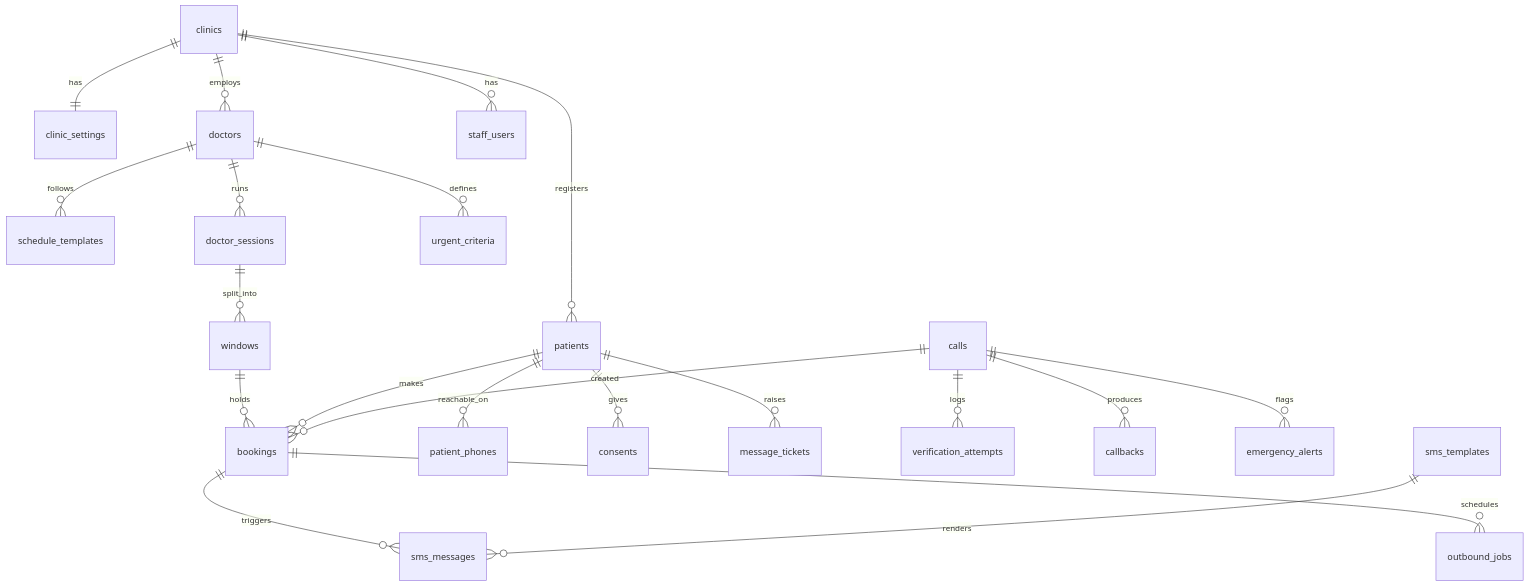
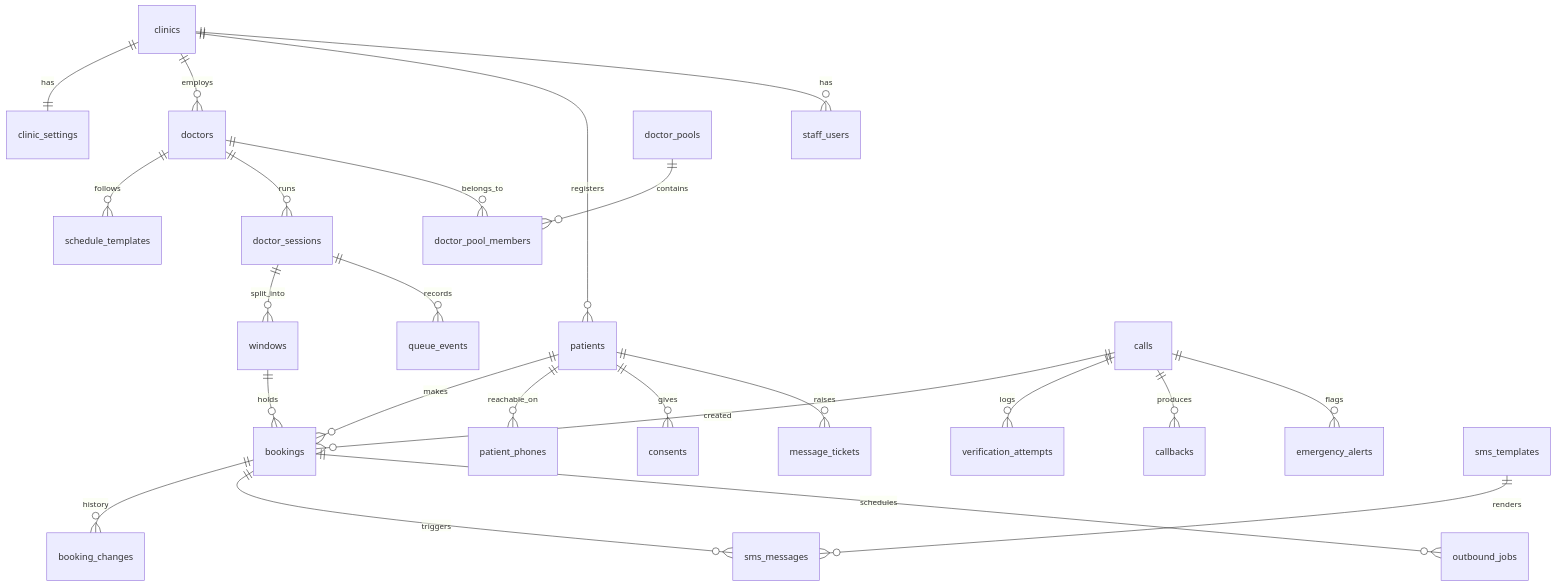
One commit to Anupamgt/tts-agent-1 changed the diagram in db/README.md. Above: the diagram before and after it, drawn with Mermaid. The commit also changed other lines of this file and 15 other files, not shown here.

First line of the commit message:
Apply decisions 1, 3, 6, 7, 12, 13 to flows, schema and alignment

````diff
--- a/db/README.md
+++ b/db/README.md
@@ -15,23 +17,26 @@
 ```mermaid
 erDiagram
     clinics ||--|| clinic_settings : has
     clinics ||--o{ doctors : employs
     clinics ||--o{ patients : registers
     clinics ||--o{ staff_users : has
     doctors ||--o{ schedule_templates : follows
     doctors ||--o{ doctor_sessions : runs
-    doctors ||--o{ urgent_criteria : defines
+    doctor_pools ||--o{ doctor_pool_members : contains
+    doctors ||--o{ doctor_pool_members : belongs_to
     doctor_sessions ||--o{ windows : split_into
+    doctor_sessions ||--o{ queue_events : records
     windows ||--o{ bookings : holds
+    bookings ||--o{ booking_changes : history
     patients ||--o{ bookings : makes
     patients ||--o{ patient_phones : reachable_on
     patients ||--o{ consents : gives
     patients ||--o{ message_tickets : raises
     calls ||--o{ bookings : created
     calls ||--o{ verification_attempts : logs
     calls ||--o{ callbacks : produces
     calls ||--o{ emergency_alerts : flags
     bookings ||--o{ sms_messages : triggers
     bookings ||--o{ outbound_jobs : schedules
     sms_templates ||--o{ sms_messages : renders
 ```
````
